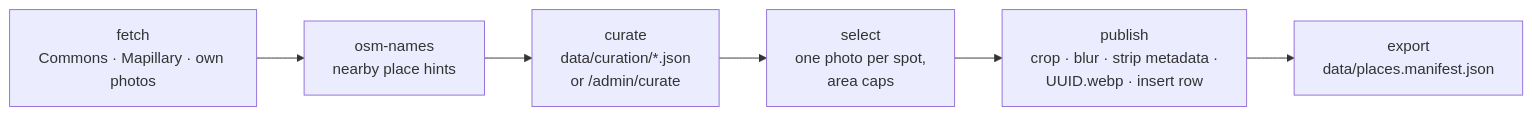
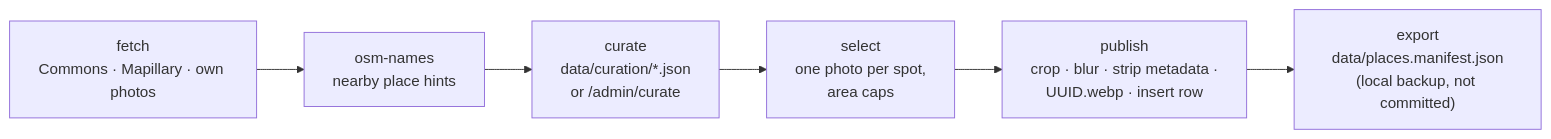
Before and after one commit to mesanand/NUguessr: the third of 3 diagrams in README.md, drawn with Mermaid. The commit also changed other lines of this file and 4 other files, not shown here.

````diff
--- a/README.md
+++ b/README.md
@@ -221,8 +222,8 @@
 ```mermaid
 flowchart LR
     F["fetch<br>Commons · Mapillary · own photos"] --> N["osm-names<br>nearby place hints"]
     N --> C["curate<br>data/curation/*.json<br>or /admin/curate"]
     C --> S["select<br>one photo per spot,<br>area caps"]
     S --> P["publish<br>crop · blur · strip metadata ·<br>UUID.webp · insert row"]
-    P --> E["export<br>data/places.manifest.json"]
+    P --> E["export<br>data/places.manifest.json<br>(local backup, not committed)"]
 ```
````
